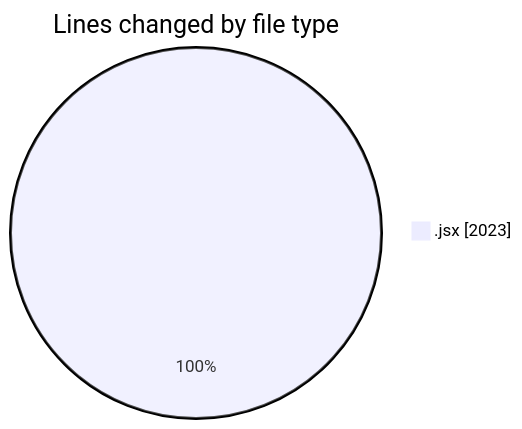
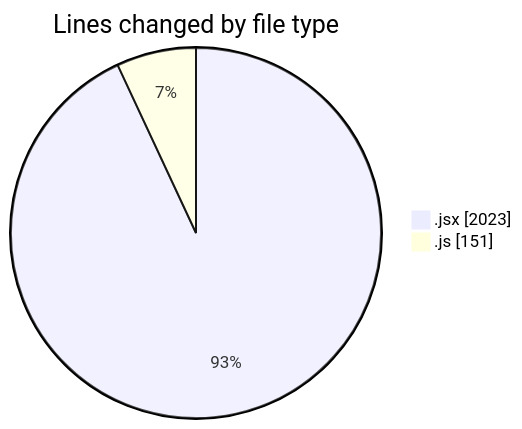
Before and after one commit to nxtqubesakshisongat/code-tracking: the first of 2 diagrams in 2025-12-30/nxtqube_webapp/README.md, drawn with Mermaid. The commit also changed other lines of this file and 1 other file, not shown here.

````diff
--- a/2025-12-30/nxtqube_webapp/README.md
+++ b/2025-12-30/nxtqube_webapp/README.md
@@ -21,5 +22,6 @@
 ```mermaid
 pie showData
 title Lines changed by file type
 ".jsx" : 2023
+".js" : 151
 ```
````
